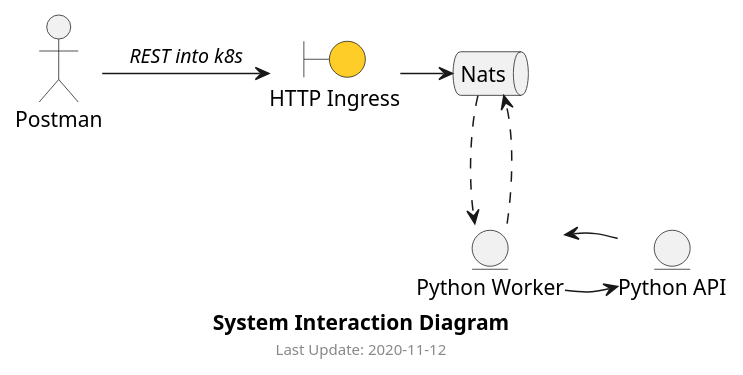
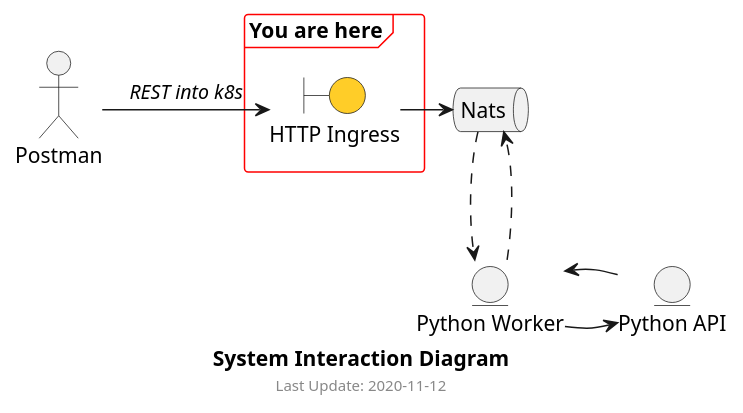
Before and after one commit to teedee22/microservices: the diagram in diagrams/interactions_highlighted.puml, drawn with PlantUML. The commit also changed 1 other file, not shown here.

```diff
--- a/diagrams/interactions_highlighted.puml
+++ b/diagrams/interactions_highlighted.puml
@@ -1,29 +1,27 @@
-@startuml
-' ' skinparam rectangle {
-' '     roundCorner 25
+@startuml interaction diagram
 
-' ' }
-' <style>
-' footer {
-'   HorizontalAlignment right
-' }
-' </style>
+
+skinparam frame {
+    borderColor Red
+}
 
 caption <b>System Interaction Diagram</b> 
 footer  Last Update: 2020-11-12
 
 actor postman as "Postman"
+frame "You are here" {
 boundary http_ingress as "HTTP Ingress" #FFCD28
+}
 queue nats as "Nats"
 entity python_worker as "Python Worker"
 entity python_api as "Python API"
 
 postman -> http_ingress : <i>REST into k8s</i>
 http_ingress -> nats 
 python_worker ..> nats 
 nats ..> python_worker
 
 python_worker -> python_api
 python_api -> python_worker
 
 @enduml
```
